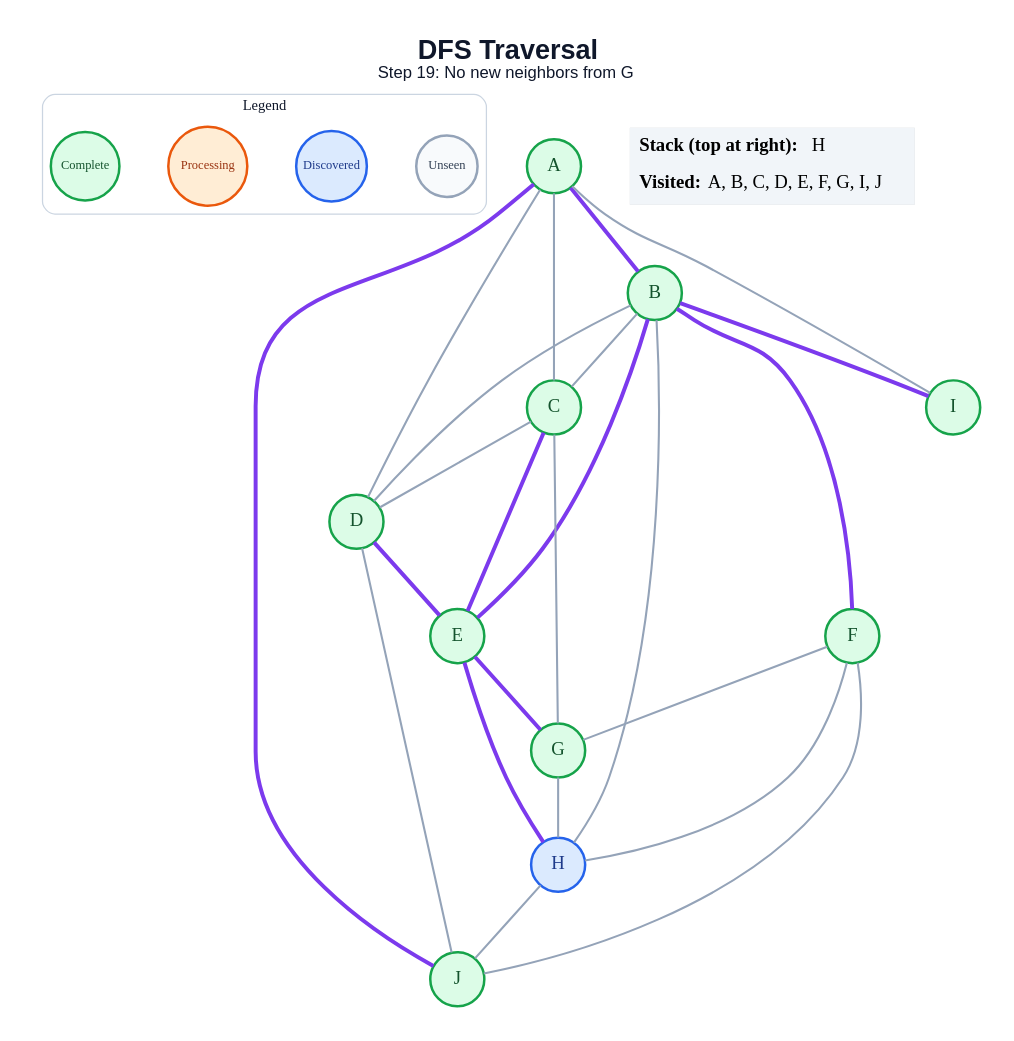
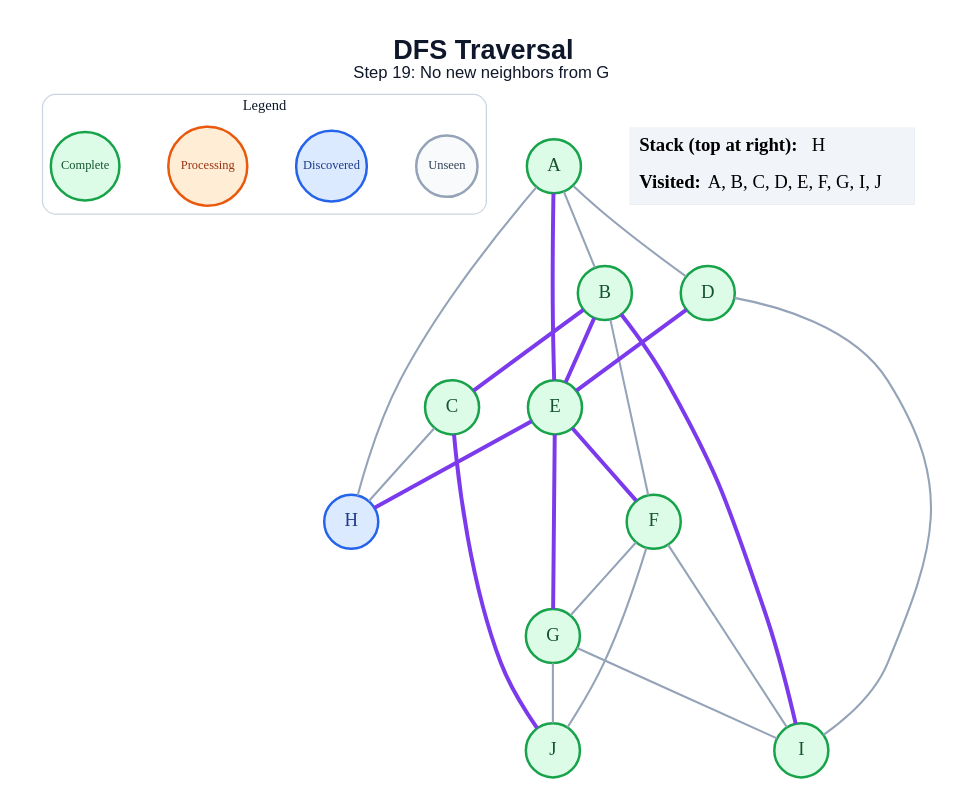
One commit to amanghodawala9/ai-slop changed the diagram in generated/specific-node/dfs/step_19.dot. Above: the diagram before and after it, drawn with Graphviz. The commit also changed 178 other files, not shown here.

```diff
--- a/generated/specific-node/dfs/step_19.dot
+++ b/generated/specific-node/dfs/step_19.dot
@@ -1,52 +1,49 @@
 graph traversal {
   graph [layout=dot, rankdir=TB, bgcolor="#FFFFFF", pad="0.35", nodesep="0.65", ranksep="0.8", fontname="Arial"];
   node [shape=circle, style="filled", fontname="Arial Bold", fontsize=18, width=0.72, fixedsize=true, penwidth=2.4];
   edge [color="#94A3B8", penwidth=2.0];
   label=<<B>DFS Traversal</B><BR/><FONT POINT-SIZE="16">Step 19: No new neighbors from G</FONT>>; labelloc="t"; fontsize=26; fontname="Arial"; fontcolor="#0F172A";
   subgraph cluster_legend { label="Legend"; color="#CBD5E1"; penwidth=1.2; style="rounded"; fontsize=14; fontname="Arial Bold";
     key_unseen [label="Unseen", fillcolor="#F8FAFC", color="#94A3B8", fontcolor="#334155", fontsize=12, width=0.82];
     key_frontier [label="Discovered", fillcolor="#DBEAFE", color="#2563EB", fontcolor="#1E3A8A", fontsize=12, width=0.95];
     key_current [label="Processing", fillcolor="#FFEDD5", color="#EA580C", fontcolor="#9A3412", fontsize=12, width=1.05];
     key_done [label="Complete", fillcolor="#DCFCE7", color="#16A34A", fontcolor="#14532D", fontsize=12, width=0.92];
     { rank=same; key_unseen; key_frontier; key_current; key_done; }
   }
   A [fillcolor="#DCFCE7", color="#16A34A", fontcolor="#14532D"];
   B [fillcolor="#DCFCE7", color="#16A34A", fontcolor="#14532D"];
   C [fillcolor="#DCFCE7", color="#16A34A", fontcolor="#14532D"];
   D [fillcolor="#DCFCE7", color="#16A34A", fontcolor="#14532D"];
   E [fillcolor="#DCFCE7", color="#16A34A", fontcolor="#14532D"];
   F [fillcolor="#DCFCE7", color="#16A34A", fontcolor="#14532D"];
   G [fillcolor="#DCFCE7", color="#16A34A", fontcolor="#14532D"];
   H [fillcolor="#DBEAFE", color="#2563EB", fontcolor="#1E3A8A"];
   I [fillcolor="#DCFCE7", color="#16A34A", fontcolor="#14532D"];
   J [fillcolor="#DCFCE7", color="#16A34A", fontcolor="#14532D"];
-  A -- B [color="#7C3AED", penwidth=3.8];
-  A -- C;
+  A -- B;
   A -- D;
-  A -- I;
-  A -- J [color="#7C3AED", penwidth=3.8];
-  B -- C;
-  B -- D;
+  A -- E [color="#7C3AED", penwidth=3.8];
+  A -- H;
+  B -- C [color="#7C3AED", penwidth=3.8];
   B -- E [color="#7C3AED", penwidth=3.8];
-  B -- F [color="#7C3AED", penwidth=3.8];
-  B -- H;
+  B -- F;
   B -- I [color="#7C3AED", penwidth=3.8];
-  C -- D;
-  C -- E [color="#7C3AED", penwidth=3.8];
-  C -- G;
+  C -- H;
+  C -- J [color="#7C3AED", penwidth=3.8];
   D -- E [color="#7C3AED", penwidth=3.8];
-  D -- J;
+  D -- I;
+  E -- F [color="#7C3AED", penwidth=3.8];
   E -- G [color="#7C3AED", penwidth=3.8];
   E -- H [color="#7C3AED", penwidth=3.8];
   F -- G;
-  F -- H;
+  F -- I;
   F -- J;
-  G -- H;
-  H -- J;
+  G -- I;
+  G -- J;
   status [shape=plain, fixedsize=false, width=0, height=0, margin=0, label=<
     <TABLE BORDER="0" CELLBORDER="0" CELLPADDING="7" BGCOLOR="#F1F5F9">
       <TR><TD ALIGN="LEFT"><B>Stack (top at right):</B> H</TD></TR>
       <TR><TD ALIGN="LEFT"><B>Visited:</B> A, B, C, D, E, F, G, I, J</TD></TR>
     </TABLE>
   >];
 }
```
